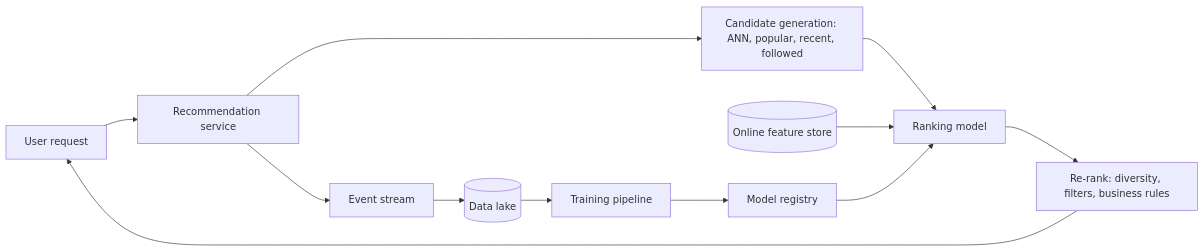
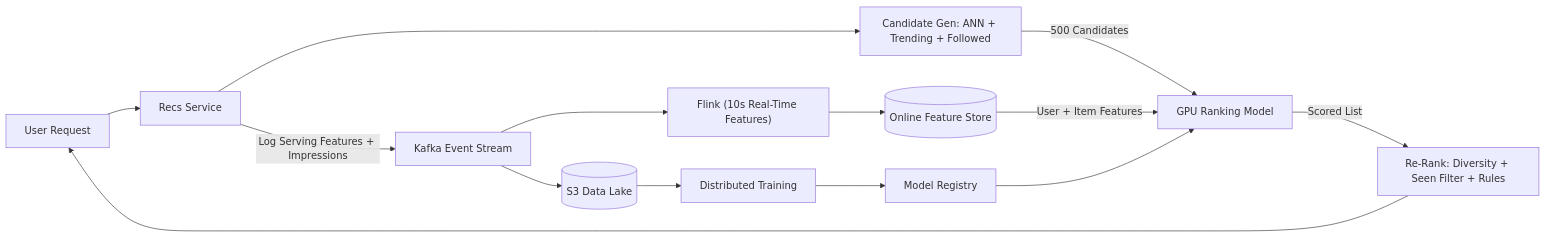
Before and after one commit to TapanKumarBarik/Backend-roadmap: the fourth of 5 diagrams in content/system-design/22-interview-design-problems/34-design-a-recommendation-system/README.md, drawn with Mermaid. The commit also changed other lines of this file and 37 other files, not shown here.

Commit message:
Upgrade Track 22 (37 interview design problems) with scale-by-scale architecture evolution

````diff
--- a/content/system-design/22-interview-design-problems/34-design-a-recommendation-system/README.md
+++ b/content/system-design/22-interview-design-problems/34-design-a-recommendation-system/README.md
@@ -107,10 +208,12 @@
 ```mermaid
 flowchart LR
-  U["User request"] --> RS["Recommendation service"]
-  RS --> CG["Candidate generation: ANN, popular, recent, followed"]
-  CG --> RK["Ranking model"]
-  FS[("Online feature store")] --> RK
-  RK --> RR["Re-rank: diversity, filters, business rules"]
+  U["User Request"] --> RS["Recs Service"]
+  RS --> CG["Candidate Gen: ANN + Trending + Followed"]
+  CG -- "500 Candidates" --> RK["GPU Ranking Model"]
+  FS[("Online Feature Store")] -- "User + Item Features" --> RK
+  RK -- "Scored List" --> RR["Re-Rank: Diversity + Seen Filter + Rules"]
   RR --> U
-  RS --> EV["Event stream"] --> DL[("Data lake")] --> TR["Training pipeline"] --> MR["Model registry"] --> RK
+  RS -- "Log Serving Features + Impressions" --> EV["Kafka Event Stream"]
+  EV --> FL["Flink (10s Real-Time Features)"] --> FS
+  EV --> DL[("S3 Data Lake")] --> TR["Distributed Training"] --> MR["Model Registry"] --> RK
 ```
````
